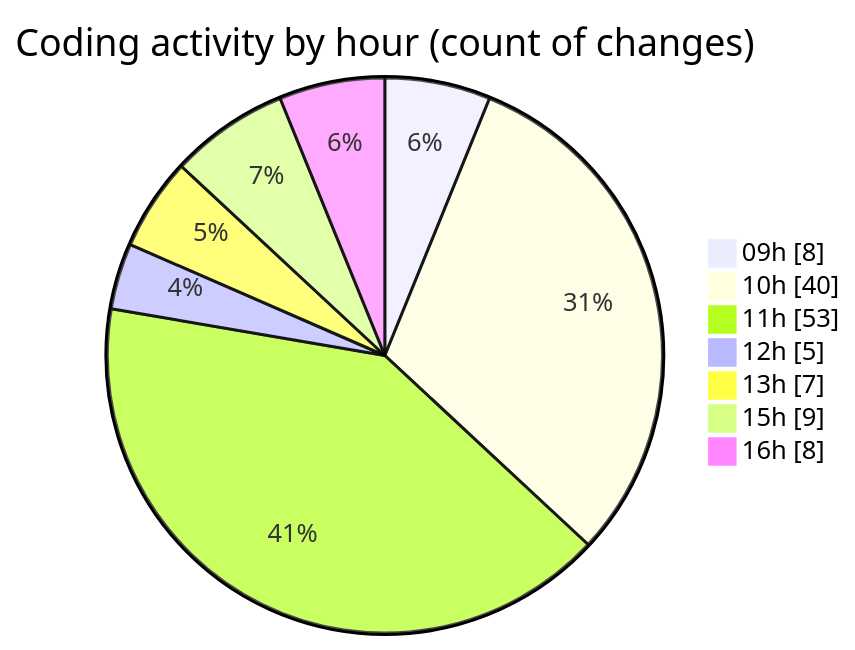
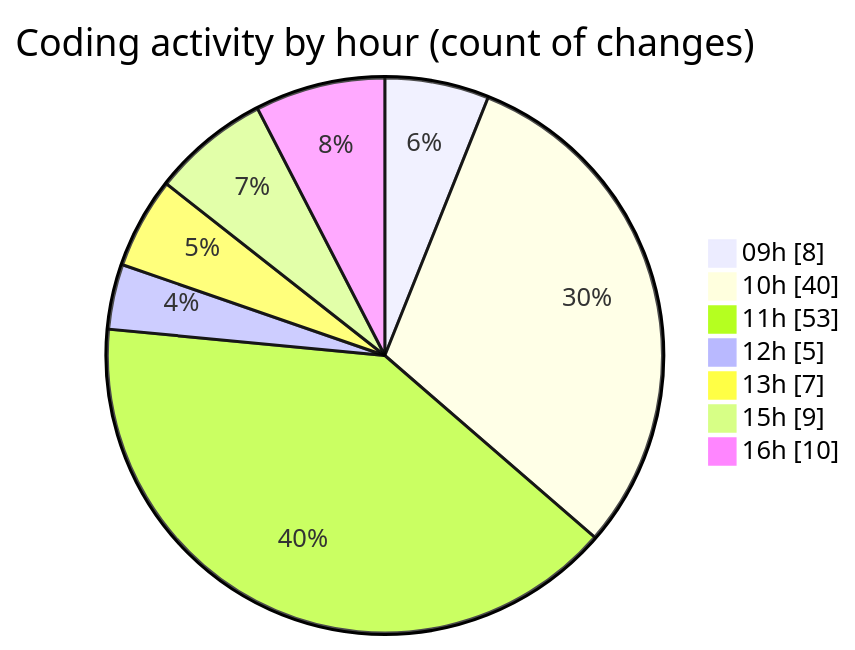
Before and after one commit to momahboobian/code-tracking: the second of 2 diagrams in 2025-09-01/cda/README.md, drawn with Mermaid. The commit also changed other lines of this file and 1 other file, not shown here.

````diff
--- a/2025-09-01/cda/README.md
+++ b/2025-09-01/cda/README.md
@@ -41,11 +42,11 @@
 ```mermaid
 pie showData
 title Coding activity by hour (count of changes)
 "09h" : 8
 "10h" : 40
 "11h" : 53
 "12h" : 5
 "13h" : 7
 "15h" : 9
-"16h" : 8
+"16h" : 10
 ```
````
